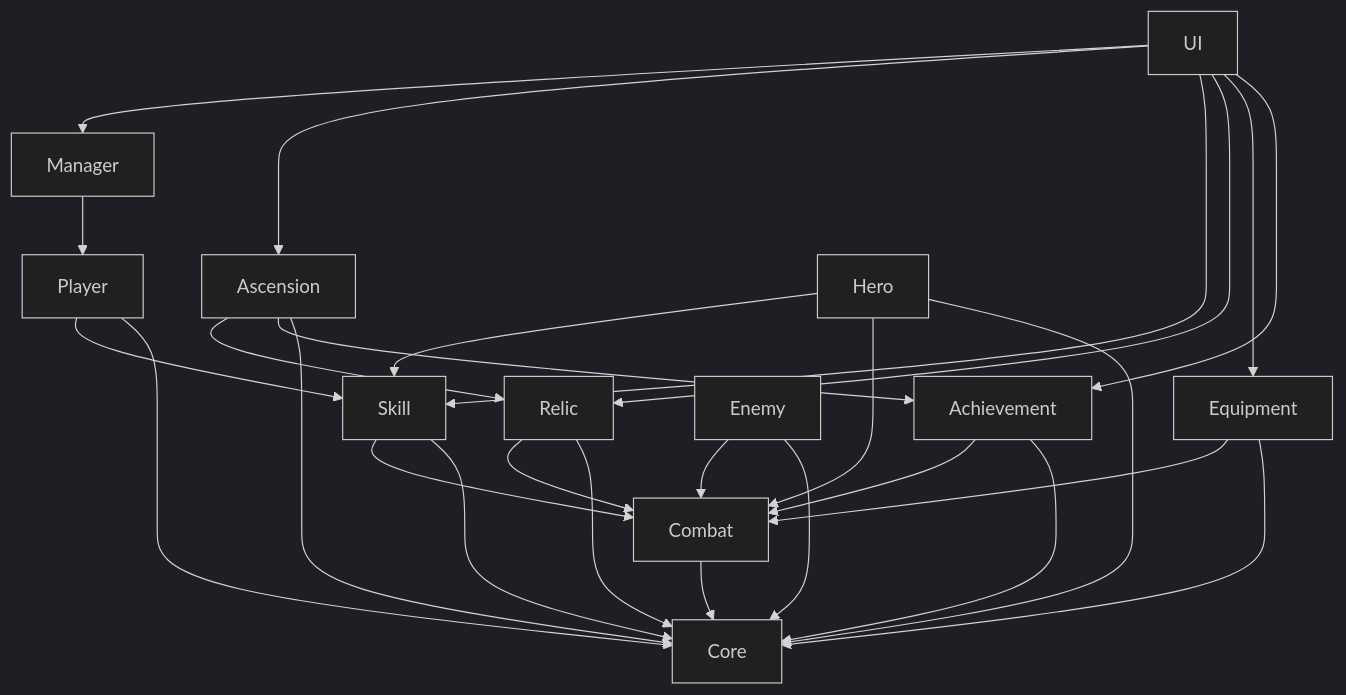
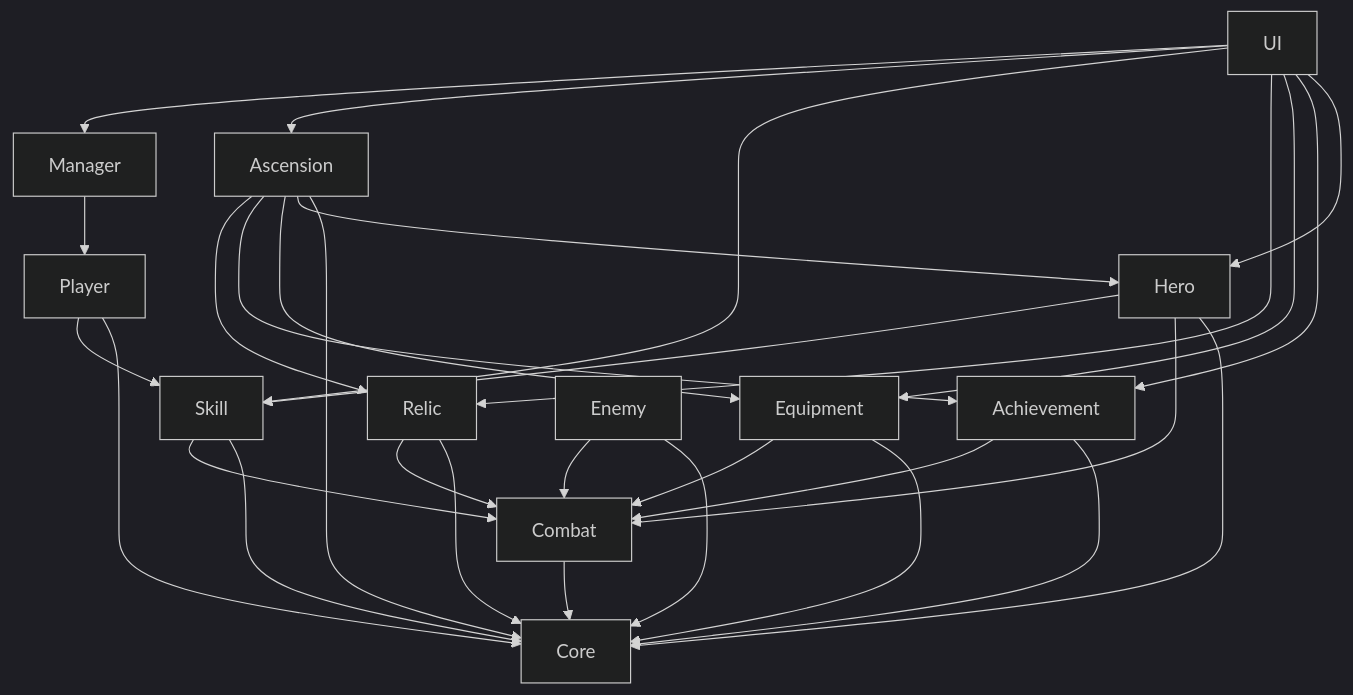
Before and after one commit to lwy0810/BROKEN-SOVEREIGN: the first of 17 diagrams in Docs/ClassDiagram.md, drawn with Mermaid (dark theme). The commit also changed other lines of this file and 29 other files, not shown here.

````diff
--- a/Docs/ClassDiagram.md
+++ b/Docs/ClassDiagram.md
@@ -32,29 +32,32 @@
 ```mermaid
 flowchart TD
     UI --> Manager
     UI --> Ascension
     UI --> Skill
     UI --> Relic
     UI --> Equipment
     UI --> Achievement
+    UI --> Hero
     Manager --> Player
     Player --> Skill
     Hero --> Skill
     Hero --> Combat
     Skill --> Combat
     Ascension --> Relic
     Ascension --> Achievement
+    Ascension --> Equipment
+    Ascension --> Hero
     Relic --> Combat
     Equipment --> Combat
     Achievement --> Combat
     Enemy --> Combat
     Combat --> Core
     Skill --> Core
     Hero --> Core
     Ascension --> Core
     Relic --> Core
     Equipment --> Core
     Achievement --> Core
     Enemy --> Core
     Player --> Core
 ```
````
